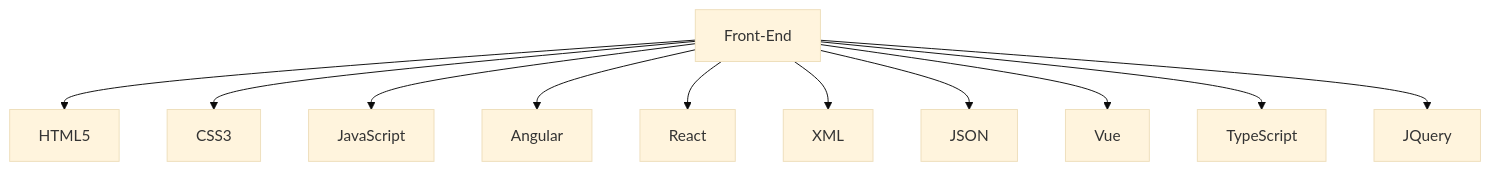
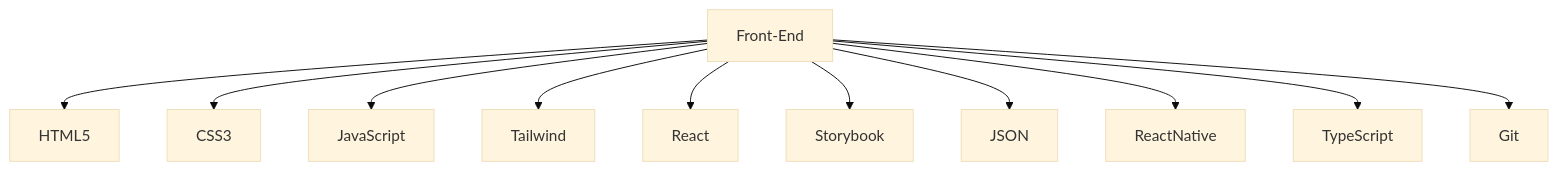
One commit to lucaliebenberg/lucaliebenberg changed the diagram in README.md. Above: the diagram before and after it, drawn with Mermaid (base theme).

````diff
--- a/README.md
+++ b/README.md
@@ -34,13 +34,13 @@
 ```mermaid
 graph TD;
     Front-End-->HTML5;
     Front-End-->CSS3;
     Front-End-->JavaScript;
-    Front-End-->Angular;
+    Front-End-->Tailwind;
     Front-End-->React;
-    Front-End-->XML;
+    Front-End-->Storybook;
     Front-End-->JSON;
-    Front-End-->Vue;
+    Front-End-->ReactNative;
     Front-End-->TypeScript;
-    Front-End-->JQuery;
+    Front-End-->Git;
    ```
````
